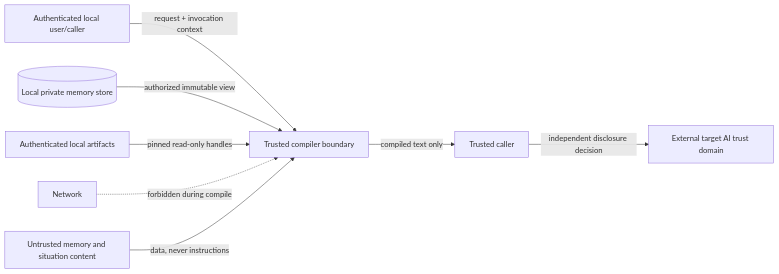
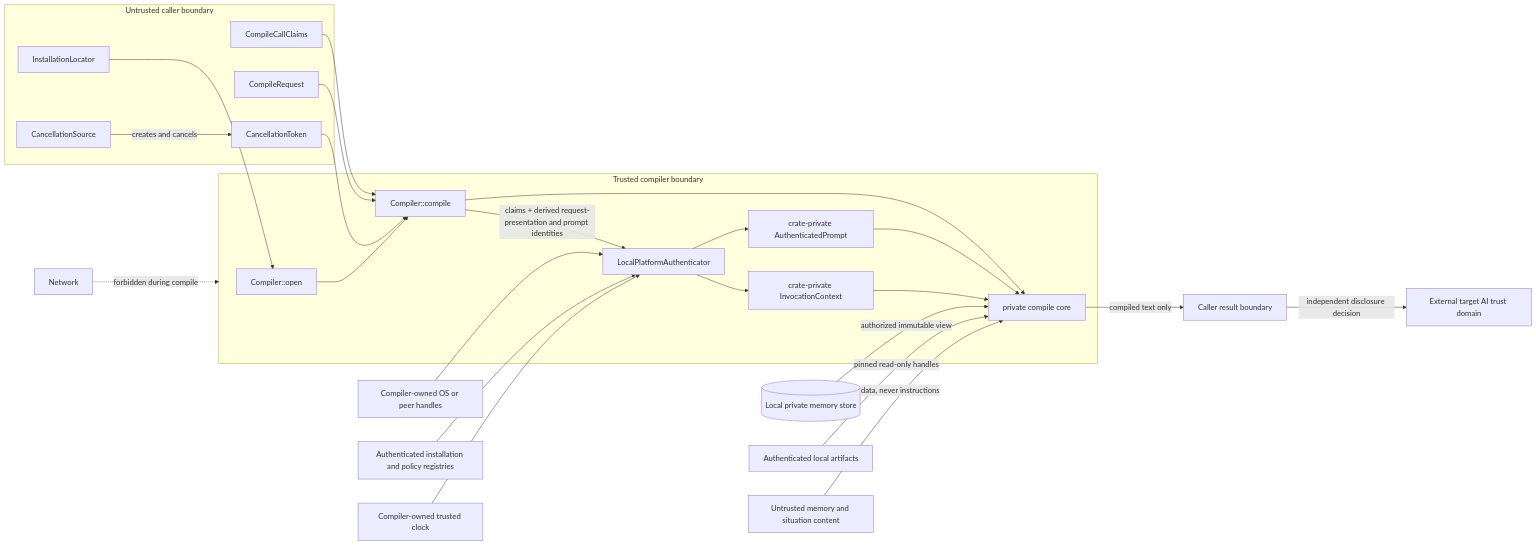
Before and after one commit to Lamentis-operating-systems/nemosyne: the sixth of 8 diagrams in docs/specifications/v1-reference-architecture.md, drawn with Mermaid. The commit also changed other lines of this file and 5 other files, not shown here.

````diff
--- a/docs/specifications/v1-reference-architecture.md
+++ b/docs/specifications/v1-reference-architecture.md
@@ -1294,10 +1439,42 @@
 ```mermaid
 flowchart LR
-    U["Authenticated local user/caller"] -->|request + invocation context| C["Trusted compiler boundary"]
-    DB[("Local private memory store")] -->|authorized immutable view| C
-    ART["Authenticated local artifacts"] -->|pinned read-only handles| C
-    C -->|compiled text only| CALLER["Trusted caller"]
-    CALLER -->|independent disclosure decision| EXT["External target AI trust domain"]
-    NET["Network"] -. "forbidden during compile" .-> C
-    MEM["Untrusted memory and situation content"] -->|data, never instructions| C
+    subgraph CALLER["Untrusted caller boundary"]
+        LOC["InstallationLocator"]
+        CLAIMS["CompileCallClaims"]
+        REQ["CompileRequest"]
+        CT["CancellationToken"]
+        CS["CancellationSource"]
+        CS -->|creates and cancels| CT
+    end
+
+    subgraph COMPILER["Trusted compiler boundary"]
+        OPEN["Compiler::open"]
+        API["Compiler::compile"]
+        AUTH["LocalPlatformAuthenticator"]
+        IC["crate-private InvocationContext"]
+        AP["crate-private AuthenticatedPrompt"]
+        CORE["private compile core"]
+        OPEN --> API
+        API -->|claims + derived request-presentation and prompt identities| AUTH
+        AUTH --> IC
+        AUTH --> AP
+        IC --> CORE
+        AP --> CORE
+        API --> CORE
+    end
+
+    LOC --> OPEN
+    CLAIMS --> API
+    REQ --> API
+    CT --> API
+
+    OS["Compiler-owned OS or peer handles"] --> AUTH
+    REG["Authenticated installation and policy registries"] --> AUTH
+    CLOCK["Compiler-owned trusted clock"] --> AUTH
+    DB[("Local private memory store")] -->|authorized immutable view| CORE
+    ART["Authenticated local artifacts"] -->|pinned read-only handles| CORE
+    CORE -->|compiled text only| RESULT["Caller result boundary"]
+    RESULT -->|independent disclosure decision| EXT["External target AI trust domain"]
+    NET["Network"] -. "forbidden during compile" .-> COMPILER
+    MEM["Untrusted memory and situation content"] -->|data, never instructions| CORE
 ```
````
